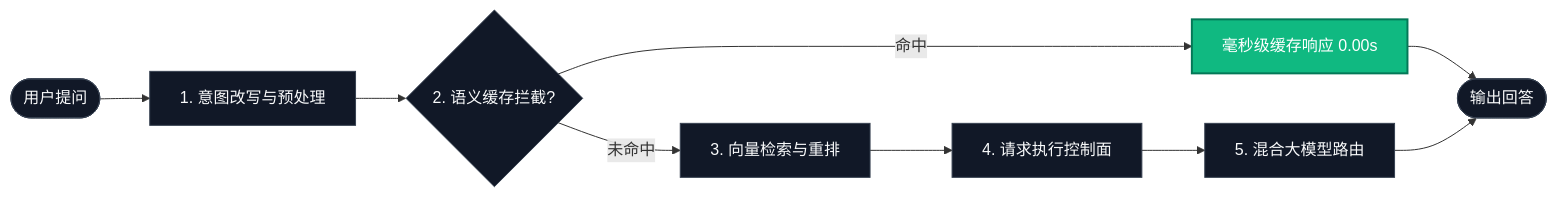
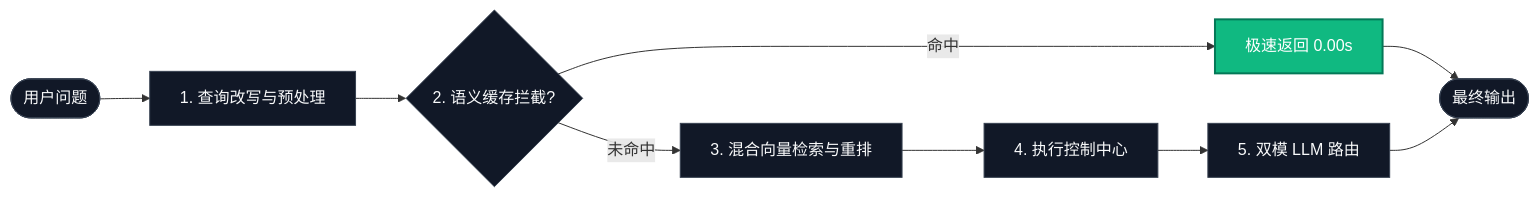
Before and after one commit to Hao610/AI-Model-Atlas: the first of 2 diagrams in docs/ARCHITECTURE_zh.md, drawn with Mermaid. The commit also changed other lines of this file and 3 other files, not shown here.

Commit message:
docs: sync deep dive count, enhance architecture docs with codebase links

````diff
--- a/docs/ARCHITECTURE_zh.md
+++ b/docs/ARCHITECTURE_zh.md
@@ -11,20 +11,20 @@
 ```mermaid
 flowchart LR
-    Query([用户提问]) --> Pre[1. 意图改写与预处理]
+    Query([用户问题]) --> Pre[1. 查询改写与预处理]
     Pre --> Cache{2. 语义缓存拦截?}
     
-    Cache -->|命中| CacheHit[毫秒级缓存响应 0.00s]
-    Cache -->|未命中| RAG[3. 向量检索与重排]
+    Cache -->|命中| CacheHit[极速返回 0.00s]
+    Cache -->|未命中| RAG[3. 混合向量检索与重排]
     
-    RAG --> Controller[4. 请求执行控制面]
-    Controller --> LLM[5. 混合大模型路由]
+    RAG --> Controller[4. 执行控制中心]
+    Controller --> LLM[5. 双模 LLM 路由]
     
-    CacheHit --> Output([输出回答])
+    CacheHit --> Output([最终输出])
     LLM --> Output
 
     classDef default fill:#111827,stroke:#374151,stroke-width:1px,color:#f9fafb;
     classDef highlight fill:#10b981,stroke:#047857,stroke-width:2px,color:#fff;
     classDef title fill:#1f2937,stroke:#4b5563,stroke-width:1px,color:#f3f4f6;
 
     class CacheHit highlight;
 ```
````
